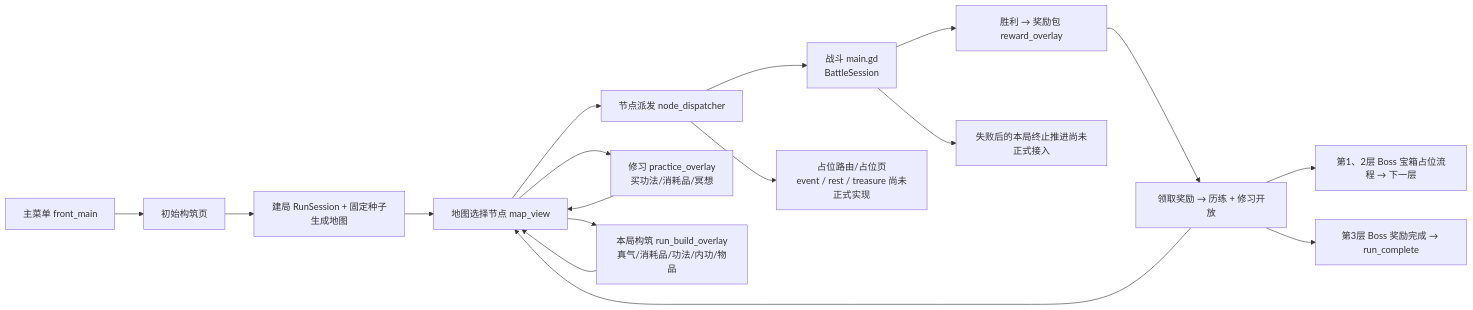
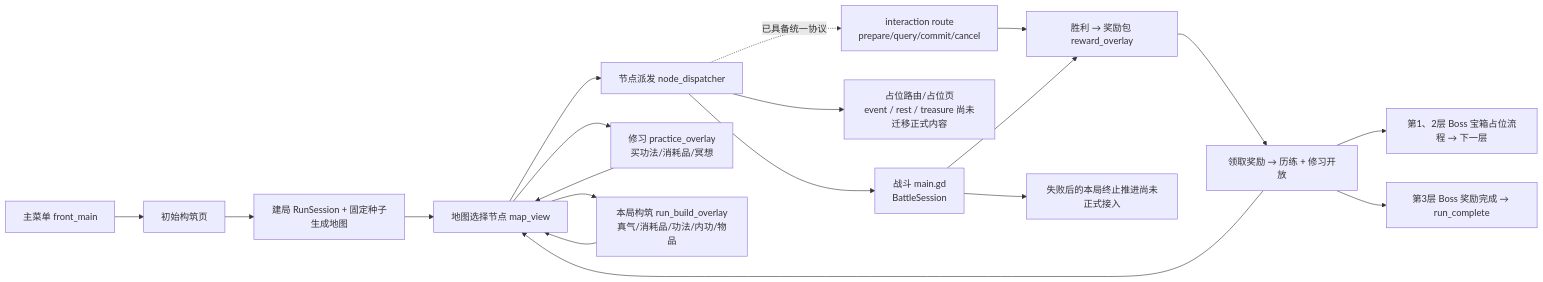
One commit to duguyumei/games changed diagram 11 of 12 in combo_duel_vslice/docs/architecture-diagrams.md. Above: the diagram before and after it, drawn with Mermaid. The commit also changed other lines of this file and 26 other files, not shown here.

````diff
--- a/combo_duel_vslice/docs/architecture-diagrams.md
+++ b/combo_duel_vslice/docs/architecture-diagrams.md
@@ -367,19 +413,21 @@
 ```mermaid
 flowchart LR
     A[主菜单 front_main] --> B[初始构筑页]
     B --> C[建局 RunSession + 固定种子生成地图]
     C --> D[地图选择节点 map_view]
     D --> E[节点派发 node_dispatcher]
     E --> F[战斗 main.gd<br>BattleSession]
-    E --> G[占位路由/占位页<br>event / rest / treasure 尚未正式实现]
+    E --> G[占位路由/占位页<br>event / rest / treasure 尚未迁移正式内容]
+    E -. 已具备统一协议 .-> O[interaction route<br>prepare/query/commit/cancel]
+    O --> H
     F --> H[胜利 → 奖励包 reward_overlay]
     F --> I[失败后的本局终止推进尚未正式接入]
     H --> J[领取奖励 → 历练 + 修习开放]
     J --> D
     J --> K[第1、2层 Boss 宝箱占位流程 → 下一层]
     J --> M[第3层 Boss 奖励完成 → run_complete]
     D --> L[修习 practice_overlay<br>买功法/消耗品/冥想]
     L --> D
     D --> N[本局构筑 run_build_overlay<br>真气/消耗品/功法/内功/物品]
     N --> D
 ```
````
